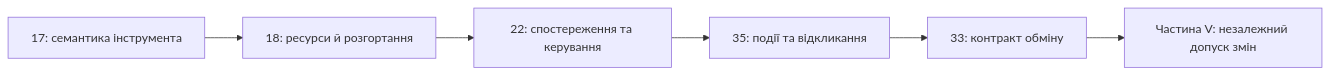
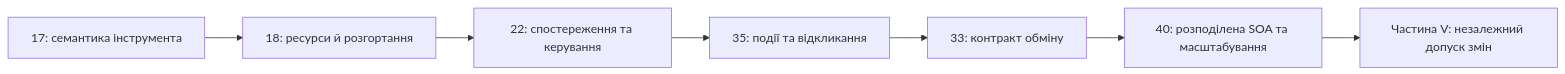
The diagram in ExpertSystem/part-07-runtime-and-knowledge-exchange.md (nick-fedchik/articles), drawn with Mermaid before and after one commit. The commit also changed other lines of this file and 3 other files, not shown here.

Commit message:
feat(book): add Chapter 40 on distributed epistemic architectures, Epistemic SOA, and cluster scaling

````diff
--- a/ExpertSystem/part-07-runtime-and-knowledge-exchange.md
+++ b/ExpertSystem/part-07-runtime-and-knowledge-exchange.md
@@ -17,10 +17,11 @@
 ```mermaid
 flowchart LR
     accTitle: Реалізація та експлуатація експертної системи
-    accDescr: Вибір інструментів, розгортання, зворотний зв'язок, реактивний перегляд і контрольований обмін.
+    accDescr: Вибір інструментів, розгортання, зворотний зв'язок, реактивний перегляд, контрольований обмін і референсна розподілена архітектура.
     STACK["17: семантика інструмента"] --> HW["18: ресурси й розгортання"]
     HW --> LOOP["22: спостереження та керування"]
     LOOP --> REACT["35: події та відкликання"]
     REACT --> EXPORT["33: контракт обміну"]
-    EXPORT --> REVIEW["Частина V: незалежний допуск змін"]
+    EXPORT --> DISTR["40: розподілена SOA та масштабування"]
+    DISTR --> REVIEW["Частина V: незалежний допуск змін"]
 ```
````
